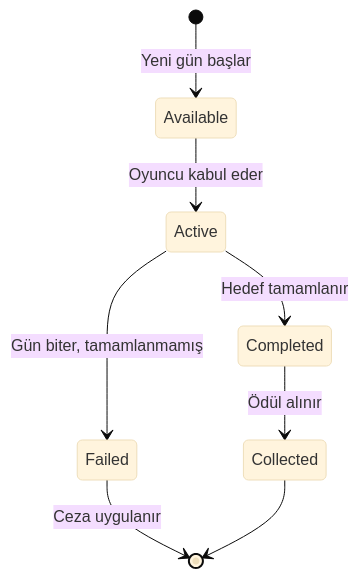
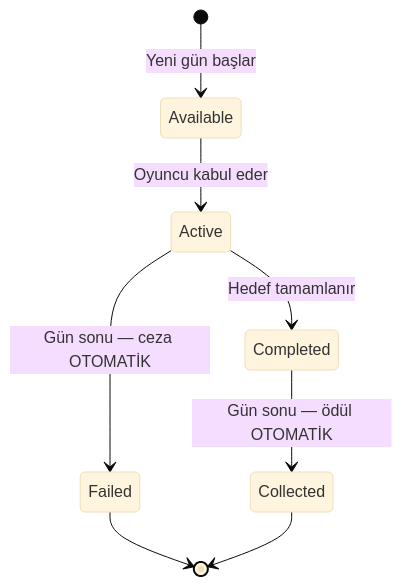
Before and after one commit to Thefec/Cargor: the seventh of 11 diagrams in GDD.md, drawn with Mermaid (base theme). The commit also changed other lines of this file, not shown here.

````diff
--- a/GDD.md
+++ b/GDD.md
@@ -829,10 +968,10 @@
 ```mermaid
 stateDiagram-v2
     [*] --> Available: Yeni gün başlar
     Available --> Active: Oyuncu kabul eder
     Active --> Completed: Hedef tamamlanır
-    Active --> Failed: Gün biter, tamamlanmamış
-    Completed --> Collected: Ödül alınır
-    Failed --> [*]: Ceza uygulanır
+    Completed --> Collected: Gün sonu — ödül OTOMATİK
+    Active --> Failed: Gün sonu — ceza OTOMATİK
+    Failed --> [*]
     Collected --> [*]
 ```
````
